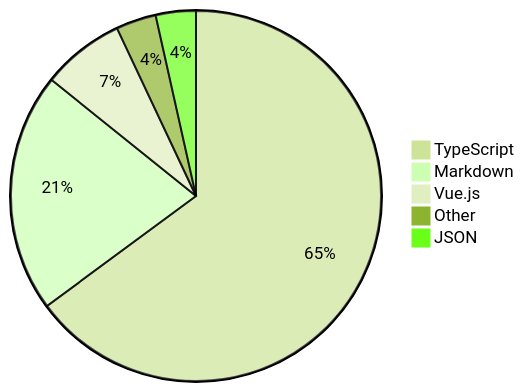
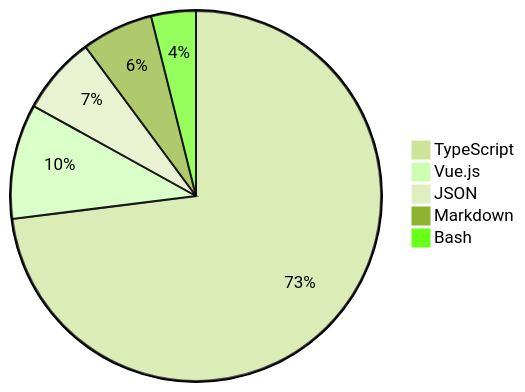
The diagram in README.md (skvggor/skvggor), drawn with Mermaid (forest theme) before and after one commit.

Commit message:
Updated waka-readme graph with new metrics

````diff
--- a/README.md
+++ b/README.md
@@ -39,8 +39,8 @@
 ```mermaid
 pie
-    "TypeScript" : 59.3
-    "Markdown" : 19.1
-    "Vue.js" : 6.6
-    "Other" : 3.2
-    "JSON" : 3.2
+    "TypeScript" : 65.5
+    "Vue.js" : 9.0
+    "JSON" : 6.1
+    "Markdown" : 5.6
+    "Bash" : 3.5
 ```
````
